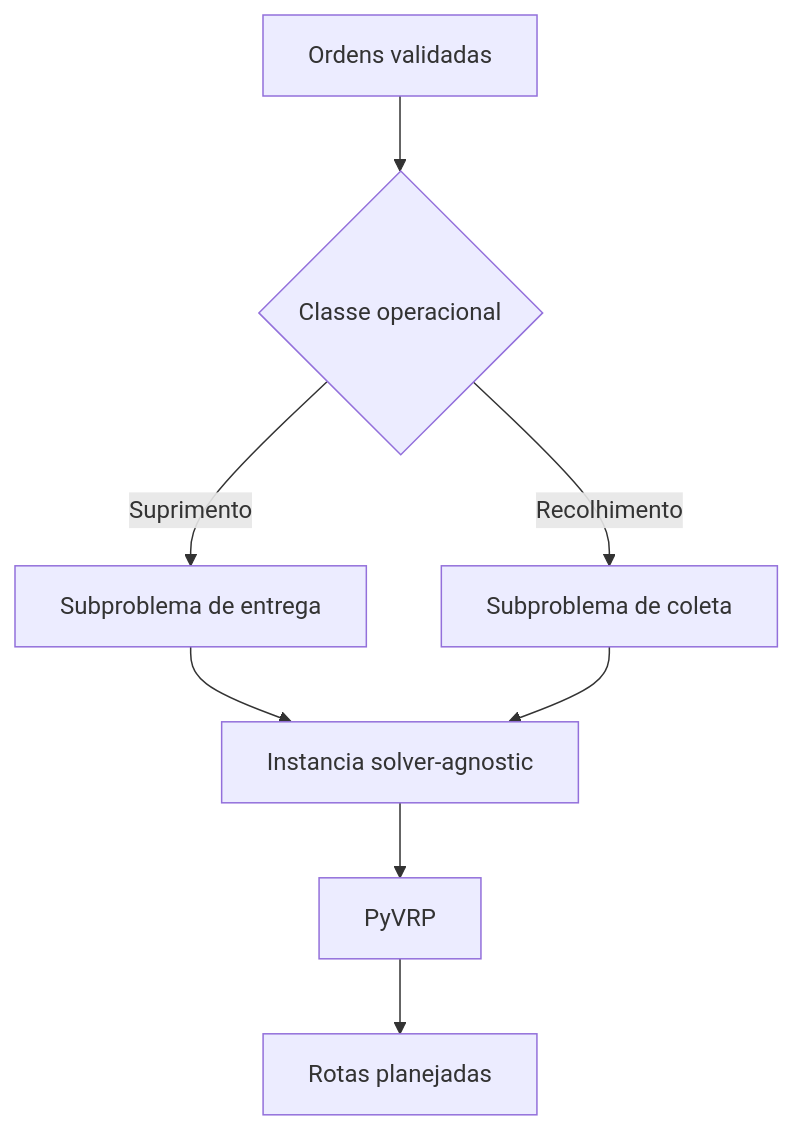
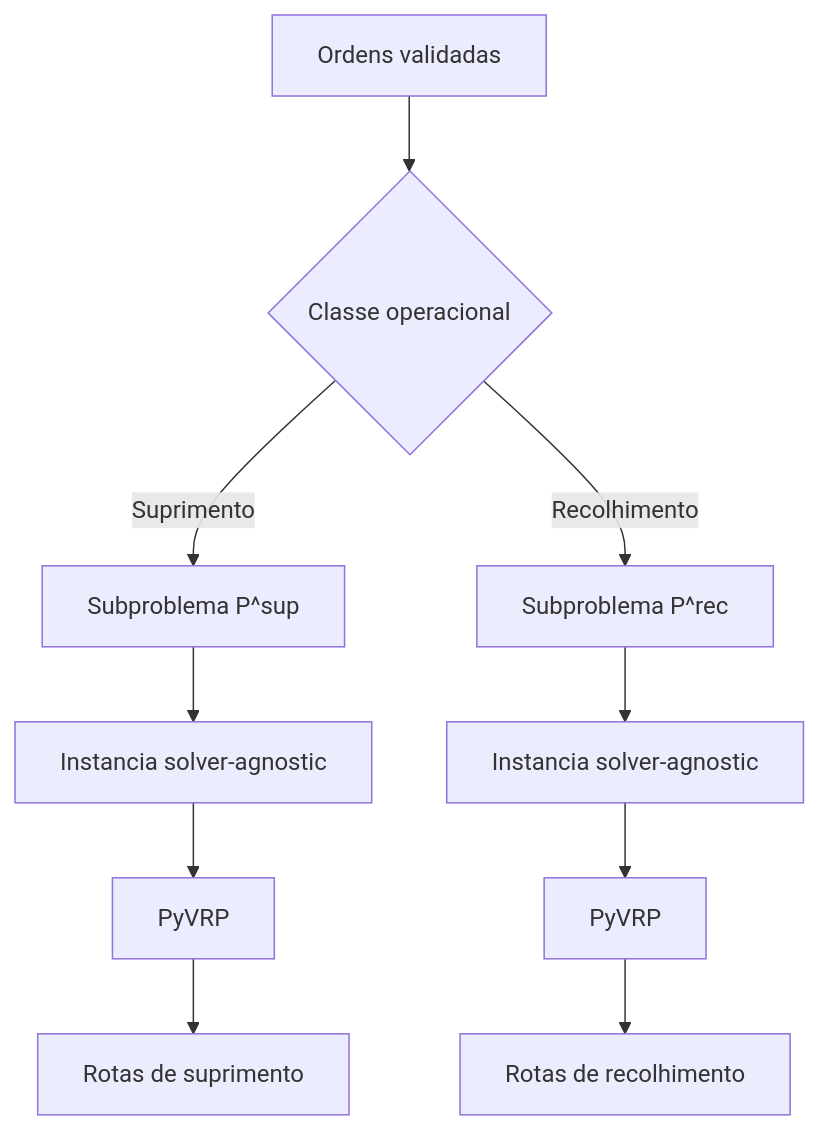
The first of 3 diagrams in docs/formulacao-matematica.md (ThiagoBibiano/aredes-roteirizacao-numerario), drawn with Mermaid before and after one commit. The commit also changed other lines of this file, not shown here.

````diff
--- a/docs/formulacao-matematica.md
+++ b/docs/formulacao-matematica.md
@@ -46,10 +60,12 @@
 ```mermaid
 flowchart TD
     A[Ordens validadas] --> B{Classe operacional}
-    B -->|Suprimento| C[Subproblema de entrega]
-    B -->|Recolhimento| D[Subproblema de coleta]
+    B -->|Suprimento| C[Subproblema P^sup]
+    B -->|Recolhimento| D[Subproblema P^rec]
     C --> E[Instancia solver-agnostic]
-    D --> E
-    E --> F[PyVRP]
-    F --> G[Rotas planejadas]
+    D --> F[Instancia solver-agnostic]
+    E --> G[PyVRP]
+    F --> H[PyVRP]
+    G --> I[Rotas de suprimento]
+    H --> J[Rotas de recolhimento]
 ```
````
